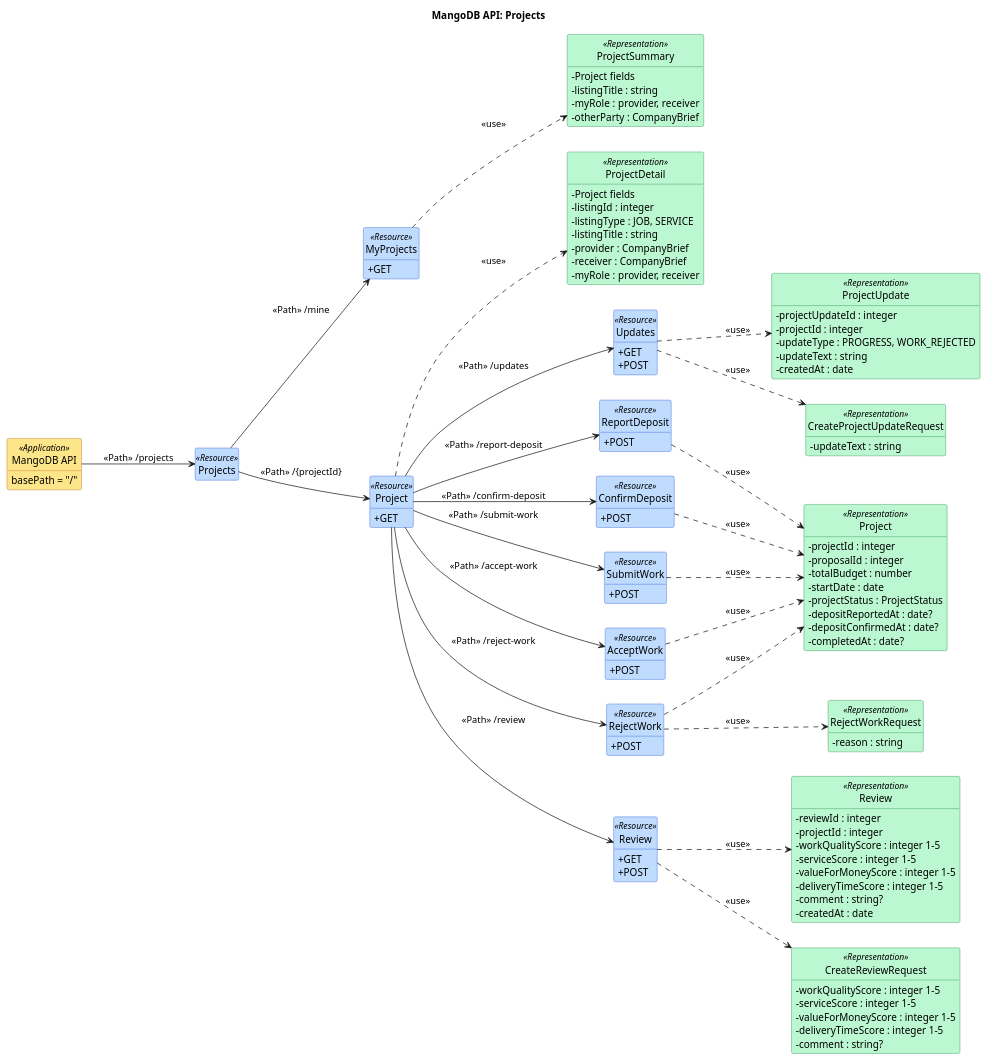
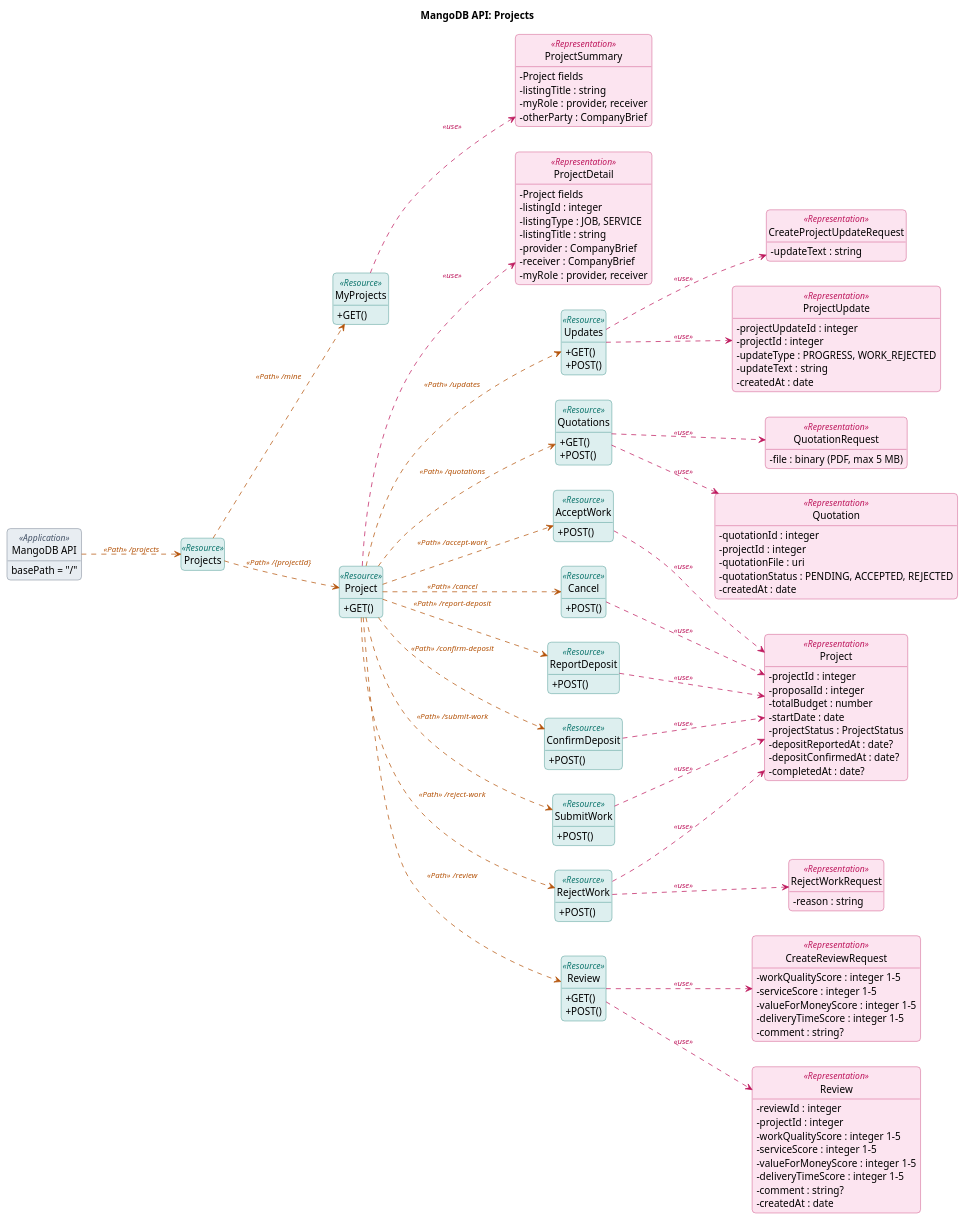
Before and after one commit to taofuuu/MangoDB: the diagram in docs/api/uml/projects.puml, drawn with PlantUML. The commit also changed 31 other files, not shown here.

First line of the commit message:
docs(api): document quotation and cancel endpoints, restyle UML API diagrams

```diff
--- a/docs/api/uml/projects.puml
+++ b/docs/api/uml/projects.puml
@@ -1,127 +1,157 @@
 @startuml
 left to right direction
 skinparam classAttributeIconSize 0
 hide circle
 hide empty members
+skinparam shadowing false
+skinparam roundcorner 10
+skinparam ClassFontStyle bold
+skinparam ClassAttributeFontStyle plain
+skinparam ArrowFontSize 11
 skinparam class {
-  BackgroundColor<<Application>> #FDE68A
-  BorderColor<<Application>> #B45309
-  BackgroundColor<<Resource>> #BFDBFE
-  BorderColor<<Resource>> #1D4ED8
-  BackgroundColor<<Representation>> #BBF7D0
-  BorderColor<<Representation>> #15803D
+  BackgroundColor<<Application>> #E8EDF2
+  BorderColor<<Application>> #475569
+  BackgroundColor<<Resource>> #DDEFEF
+  BorderColor<<Resource>> #0F766E
+  BackgroundColor<<Representation>> #FCE4F0
+  BorderColor<<Representation>> #BE185D
+  StereotypeFontColor<<Application>> #475569
+  StereotypeFontColor<<Resource>> #0F766E
+  StereotypeFontColor<<Representation>> #BE185D
 }
 title MangoDB API: Projects
 
 class "MangoDB API" as API <<Application>> {
   basePath = "/"
 }
 class "Projects" as Projects <<Resource>>
 class "MyProjects" as MyProjects <<Resource>> {
-  + GET
+  + GET()
 }
 class "Project" as ProjectR <<Resource>> {
-  + GET
+  + GET()
 }
 class "Updates" as Updates <<Resource>> {
-  + GET
-  + POST
+  + GET()
+  + POST()
+}
+class "Quotations" as ProjectQuotations <<Resource>> {
+  + GET()
+  + POST()
+}
+class "Cancel" as Cancel <<Resource>> {
+  + POST()
 }
 class "ReportDeposit" as ReportDeposit <<Resource>> {
-  + POST
+  + POST()
 }
 class "ConfirmDeposit" as ConfirmDeposit <<Resource>> {
-  + POST
+  + POST()
 }
 class "SubmitWork" as SubmitWork <<Resource>> {
-  + POST
+  + POST()
 }
 class "RejectWork" as RejectWork <<Resource>> {
-  + POST
+  + POST()
 }
 class "AcceptWork" as AcceptWork <<Resource>> {
-  + POST
+  + POST()
 }
 class "Review" as ReviewR <<Resource>> {
-  + GET
-  + POST
+  + GET()
+  + POST()
 }
 class "ProjectSummary" as ProjectSummaryRep <<Representation>> {
   -Project fields
   -listingTitle : string
   -myRole : provider, receiver
   -otherParty : CompanyBrief
 }
 class "ProjectDetail" as ProjectDetailRep <<Representation>> {
   -Project fields
   -listingId : integer
   -listingType : JOB, SERVICE
   -listingTitle : string
   -provider : CompanyBrief
   -receiver : CompanyBrief
   -myRole : provider, receiver
 }
 class "ProjectUpdate" as ProjectUpdateRep <<Representation>> {
   -projectUpdateId : integer
   -projectId : integer
   -updateType : PROGRESS, WORK_REJECTED
   -updateText : string
   -createdAt : date
 }
 class "CreateProjectUpdateRequest" as CreateProjectUpdateRequestRep <<Representation>> {
   -updateText : string
 }
 class "Project" as ProjectRep <<Representation>> {
   -projectId : integer
   -proposalId : integer
   -totalBudget : number
   -startDate : date
   -projectStatus : ProjectStatus
   -depositReportedAt : date?
   -depositConfirmedAt : date?
   -completedAt : date?
 }
+class "Quotation" as QuotationRep <<Representation>> {
+  -quotationId : integer
+  -projectId : integer
+  -quotationFile : uri
+  -quotationStatus : PENDING, ACCEPTED, REJECTED
+  -createdAt : date
+}
+class "QuotationRequest" as QuotationRequestRep <<Representation>> {
+  -file : binary (PDF, max 5 MB)
+}
 class "RejectWorkRequest" as RejectWorkRequestRep <<Representation>> {
   -reason : string
 }
 class "Review" as ReviewRep <<Representation>> {
   -reviewId : integer
   -projectId : integer
   -workQualityScore : integer 1-5
   -serviceScore : integer 1-5
   -valueForMoneyScore : integer 1-5
   -deliveryTimeScore : integer 1-5
   -comment : string?
   -createdAt : date
 }
 class "CreateReviewRequest" as CreateReviewRequestRep <<Representation>> {
   -workQualityScore : integer 1-5
   -serviceScore : integer 1-5
   -valueForMoneyScore : integer 1-5
   -deliveryTimeScore : integer 1-5
   -comment : string?
 }
 
-API --> Projects : <<Path>> /projects
-Projects --> MyProjects : <<Path>> /mine
-MyProjects ..> ProjectSummaryRep : <<use>>
-Projects --> ProjectR : <<Path>> /{projectId}
-ProjectR ..> ProjectDetailRep : <<use>>
-ProjectR --> Updates : <<Path>> /updates
-Updates ..> ProjectUpdateRep : <<use>>
-Updates ..> CreateProjectUpdateRequestRep : <<use>>
-ProjectR --> ReportDeposit : <<Path>> /report-deposit
-ReportDeposit ..> ProjectRep : <<use>>
-ProjectR --> ConfirmDeposit : <<Path>> /confirm-deposit
-ConfirmDeposit ..> ProjectRep : <<use>>
-ProjectR --> SubmitWork : <<Path>> /submit-work
-SubmitWork ..> ProjectRep : <<use>>
-ProjectR --> RejectWork : <<Path>> /reject-work
-RejectWork ..> RejectWorkRequestRep : <<use>>
-RejectWork ..> ProjectRep : <<use>>
-ProjectR --> AcceptWork : <<Path>> /accept-work
-AcceptWork ..> ProjectRep : <<use>>
-ProjectR --> ReviewR : <<Path>> /review
-ReviewR ..> ReviewRep : <<use>>
-ReviewR ..> CreateReviewRequestRep : <<use>>
+API -[#B45309,dashed]-> Projects : <i><color:#B45309>«Path» /projects</color></i>
+Projects -[#B45309,dashed]-> MyProjects : <i><color:#B45309>«Path» /mine</color></i>
+MyProjects -[#BE185D,dashed]-> ProjectSummaryRep : <i><color:#BE185D>«use»</color></i>
+Projects -[#B45309,dashed]-> ProjectR : <i><color:#B45309>«Path» /{projectId}</color></i>
+ProjectR -[#BE185D,dashed]-> ProjectDetailRep : <i><color:#BE185D>«use»</color></i>
+ProjectR -[#B45309,dashed]-> Updates : <i><color:#B45309>«Path» /updates</color></i>
+Updates -[#BE185D,dashed]-> ProjectUpdateRep : <i><color:#BE185D>«use»</color></i>
+Updates -[#BE185D,dashed]-> CreateProjectUpdateRequestRep : <i><color:#BE185D>«use»</color></i>
+ProjectR -[#B45309,dashed]-> ProjectQuotations : <i><color:#B45309>«Path» /quotations</color></i>
+ProjectQuotations -[#BE185D,dashed]-> QuotationRep : <i><color:#BE185D>«use»</color></i>
+ProjectQuotations -[#BE185D,dashed]-> QuotationRequestRep : <i><color:#BE185D>«use»</color></i>
+ProjectR -[#B45309,dashed]-> Cancel : <i><color:#B45309>«Path» /cancel</color></i>
+Cancel -[#BE185D,dashed]-> ProjectRep : <i><color:#BE185D>«use»</color></i>
+ProjectR -[#B45309,dashed]-> ReportDeposit : <i><color:#B45309>«Path» /report-deposit</color></i>
+ReportDeposit -[#BE185D,dashed]-> ProjectRep : <i><color:#BE185D>«use»</color></i>
+ProjectR -[#B45309,dashed]-> ConfirmDeposit : <i><color:#B45309>«Path» /confirm-deposit</color></i>
+ConfirmDeposit -[#BE185D,dashed]-> ProjectRep : <i><color:#BE185D>«use»</color></i>
+ProjectR -[#B45309,dashed]-> SubmitWork : <i><color:#B45309>«Path» /submit-work</color></i>
+SubmitWork -[#BE185D,dashed]-> ProjectRep : <i><color:#BE185D>«use»</color></i>
+ProjectR -[#B45309,dashed]-> RejectWork : <i><color:#B45309>«Path» /reject-work</color></i>
+RejectWork -[#BE185D,dashed]-> RejectWorkRequestRep : <i><color:#BE185D>«use»</color></i>
+RejectWork -[#BE185D,dashed]-> ProjectRep : <i><color:#BE185D>«use»</color></i>
+ProjectR -[#B45309,dashed]-> AcceptWork : <i><color:#B45309>«Path» /accept-work</color></i>
+AcceptWork -[#BE185D,dashed]-> ProjectRep : <i><color:#BE185D>«use»</color></i>
+ProjectR -[#B45309,dashed]-> ReviewR : <i><color:#B45309>«Path» /review</color></i>
+ReviewR -[#BE185D,dashed]-> ReviewRep : <i><color:#BE185D>«use»</color></i>
+ReviewR -[#BE185D,dashed]-> CreateReviewRequestRep : <i><color:#BE185D>«use»</color></i>
 @enduml
```
